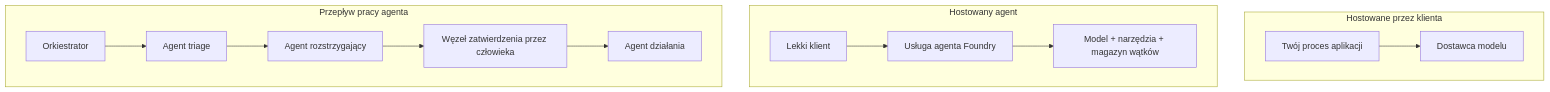
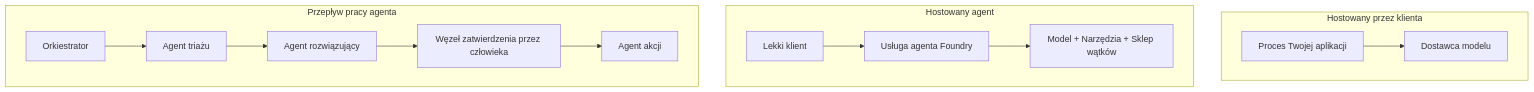
The first of 4 diagrams in translations/pl/16-deploying-scalable-agents/README.md (microsoft/ai-agents-for-beginners), drawn with Mermaid before and after one commit. The commit also changed other lines of this file and 47 other files, not shown here.

````diff
--- a/translations/pl/16-deploying-scalable-agents/README.md
+++ b/translations/pl/16-deploying-scalable-agents/README.md
@@ -87,16 +87,16 @@
 ```mermaid
 flowchart TB
-    subgraph P1[Hostowane przez klienta]
-        A1[Twój proces aplikacji] --> M1[Dostawca modelu]
+    subgraph P1[Hostowany przez klienta]
+        A1[Proces Twojej aplikacji] --> M1[Dostawca modelu]
     end
     subgraph P2[Hostowany agent]
         A2[Lekki klient] --> F2[Usługa agenta Foundry]
-        F2 --> M2[Model + narzędzia + magazyn wątków]
+        F2 --> M2[Model + Narzędzia + Sklep wątków]
     end
     subgraph P3[Przepływ pracy agenta]
-        A3[Orkiestrator] --> S1[Agent triage]
-        S1 --> S2[Agent rozstrzygający]
+        A3[Orkiestrator] --> S1[Agent triażu]
+        S1 --> S2[Agent rozwiązujący]
         S2 --> H[Węzeł zatwierdzenia przez człowieka]
-        H --> S3[Agent działania]
+        H --> S3[Agent akcji]
     end
 ```
````
